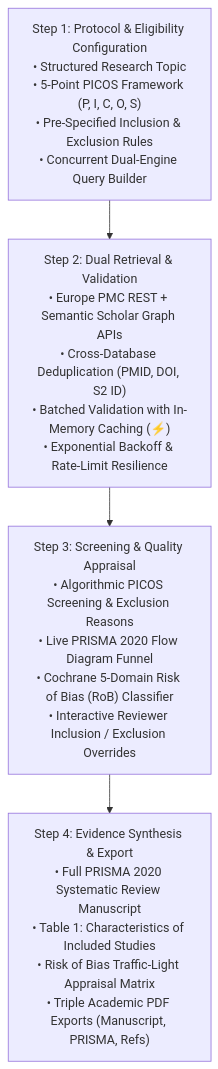
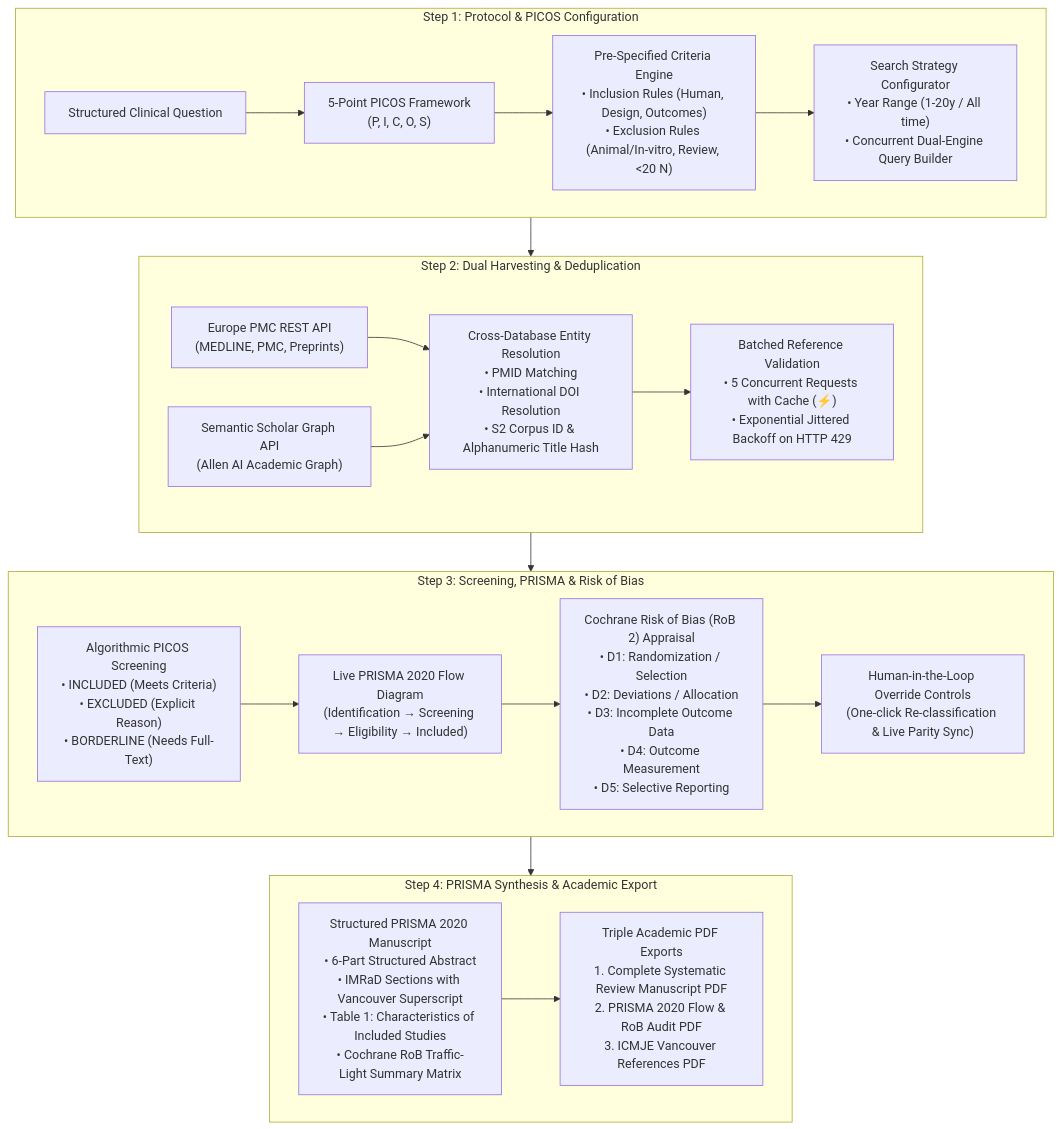
Before and after one commit to roroleaks/Sysrevai: the diagram in README.md, drawn with Mermaid. The commit also changed other lines of this file, not shown here.

Commit message:
Elevate README with innovative PRISMA 2020 architecture, comparison matrix, and workflows

````diff
--- a/README.md
+++ b/README.md
@@ -29,6 +48,26 @@
 ```mermaid
 flowchart TD
-    A["Step 1: Protocol & Eligibility Configuration<br/>• Structured Research Topic<br/>• 5-Point PICOS Framework (P, I, C, O, S)<br/>• Pre-Specified Inclusion & Exclusion Rules<br/>• Concurrent Dual-Engine Query Builder"] --> B["Step 2: Dual Retrieval & Validation<br/>• Europe PMC REST + Semantic Scholar Graph APIs<br/>• Cross-Database Deduplication (PMID, DOI, S2 ID)<br/>• Batched Validation with In-Memory Caching (⚡)<br/>• Exponential Backoff & Rate-Limit Resilience"]
-    B --> C["Step 3: Screening & Quality Appraisal<br/>• Algorithmic PICOS Screening & Exclusion Reasons<br/>• Live PRISMA 2020 Flow Diagram Funnel<br/>• Cochrane 5-Domain Risk of Bias (RoB) Classifier<br/>• Interactive Reviewer Inclusion / Exclusion Overrides"]
-    C --> D["Step 4: Evidence Synthesis & Export<br/>• Full PRISMA 2020 Systematic Review Manuscript<br/>• Table 1: Characteristics of Included Studies<br/>• Risk of Bias Traffic-Light Appraisal Matrix<br/>• Triple Academic PDF Exports (Manuscript, PRISMA, Refs)"]
+    subgraph Step1["Step 1: Protocol & PICOS Configuration"]
+        A1["Structured Clinical Question"] --> A2["5-Point PICOS Framework<br/>(P, I, C, O, S)"]
+        A2 --> A3["Pre-Specified Criteria Engine<br/>• Inclusion Rules (Human, Design, Outcomes)<br/>• Exclusion Rules (Animal/In-vitro, Review, <20 N)"]
+        A3 --> A4["Search Strategy Configurator<br/>• Year Range (1-20y / All time)<br/>• Concurrent Dual-Engine Query Builder"]
+    end
+
+    subgraph Step2["Step 2: Dual Harvesting & Deduplication"]
+        B1["Europe PMC REST API<br/>(MEDLINE, PMC, Preprints)"] & B2["Semantic Scholar Graph API<br/>(Allen AI Academic Graph)"] --> B3["Cross-Database Entity Resolution<br/>• PMID Matching<br/>• International DOI Resolution<br/>• S2 Corpus ID & Alphanumeric Title Hash"]
+        B3 --> B4["Batched Reference Validation<br/>• 5 Concurrent Requests with Cache (⚡)<br/>• Exponential Jittered Backoff on HTTP 429"]
+    end
+
+    subgraph Step3["Step 3: Screening, PRISMA & Risk of Bias"]
+        C1["Algorithmic PICOS Screening<br/>• INCLUDED (Meets Criteria)<br/>• EXCLUDED (Explicit Reason)<br/>• BORDERLINE (Needs Full-Text)"] --> C2["Live PRISMA 2020 Flow Diagram<br/>(Identification → Screening → Eligibility → Included)"]
+        C2 --> C3["Cochrane Risk of Bias (RoB 2) Appraisal<br/>• D1: Randomization / Selection<br/>• D2: Deviations / Allocation<br/>• D3: Incomplete Outcome Data<br/>• D4: Outcome Measurement<br/>• D5: Selective Reporting"]
+        C3 --> C4["Human-in-the-Loop Override Controls<br/>(One-click Re-classification & Live Parity Sync)"]
+    end
+
+    subgraph Step4["Step 4: PRISMA Synthesis & Academic Export"]
+        D1["Structured PRISMA 2020 Manuscript<br/>• 6-Part Structured Abstract<br/>• IMRaD Sections with Vancouver Superscript<br/>• Table 1: Characteristics of Included Studies<br/>• Cochrane RoB Traffic-Light Summary Matrix"]
+        D1 --> D2["Triple Academic PDF Exports<br/>1. Complete Systematic Review Manuscript PDF<br/>2. PRISMA 2020 Flow & RoB Audit PDF<br/>3. ICMJE Vancouver References PDF"]
+    end
+
+    Step1 --> Step2 --> Step3 --> Step4
 ```
````
